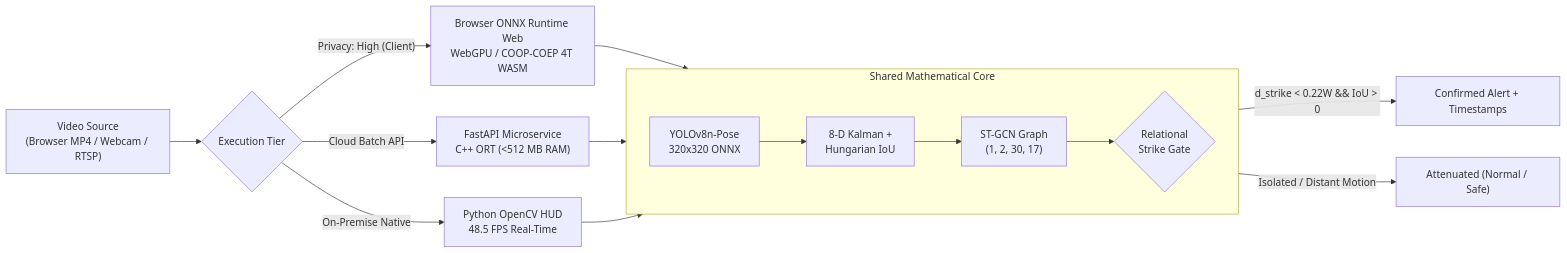
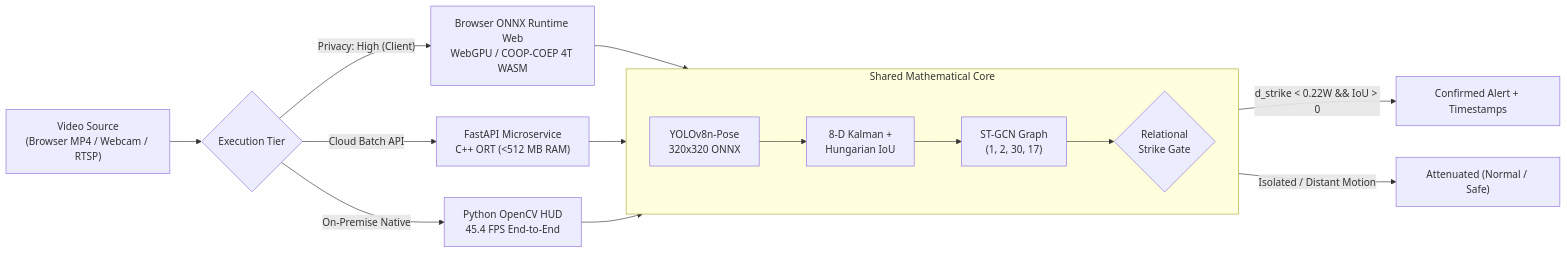
One commit to Parth-Aish/Violence-Detection-Edge changed the diagram in README.md. Above: the diagram before and after it, drawn with Mermaid. The commit also changed other lines of this file and 4 other files, not shown here.

````diff
--- a/README.md
+++ b/README.md
@@ -96,21 +96,21 @@
 ```mermaid
 flowchart LR
     IN["Video Source<br/>(Browser MP4 / Webcam / RTSP)"] --> SPLIT{"Execution Tier"}
     SPLIT -->|"Privacy: High (Client)"| WASM["Browser ONNX Runtime Web<br/>WebGPU / COOP-COEP 4T WASM"]
     SPLIT -->|"Cloud Batch API"| API["FastAPI Microservice<br/>C++ ORT (&lt;512 MB RAM)"]
-    SPLIT -->|"On-Premise Native"| CLI["Python OpenCV HUD<br/>48.5 FPS Real-Time"]
+    SPLIT -->|"On-Premise Native"| CLI["Python OpenCV HUD<br/>45.4 FPS End-to-End"]
 
     WASM --> PIPE
     API --> PIPE
     CLI --> PIPE
 
     subgraph PIPE["Shared Mathematical Core"]
         direction LR
         Y["YOLOv8n-Pose<br/>320x320 ONNX"] --> K["8-D Kalman +<br/>Hungarian IoU"]
         K --> G["ST-GCN Graph<br/>(1, 2, 30, 17)"]
         G --> R{"Relational<br/>Strike Gate"}
     end
 
     R -->|"d_strike &lt; 0.22W &amp;&amp; IoU &gt; 0"| OUT["Confirmed Alert + Timestamps"]
     R -->|"Isolated / Distant Motion"| SAFE["Attenuated (Normal / Safe)"]
 ```
````
